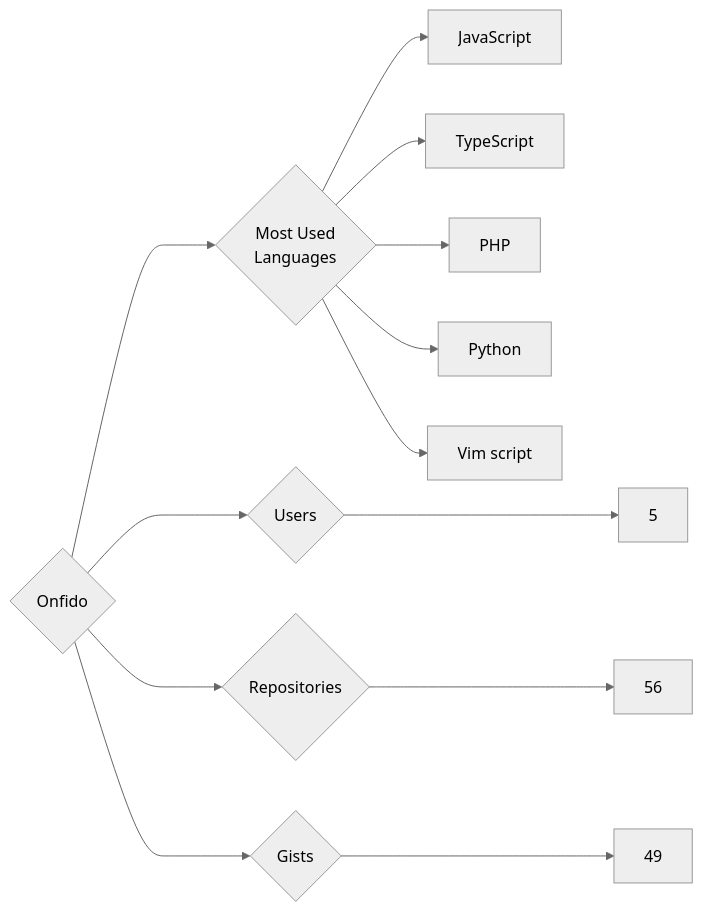
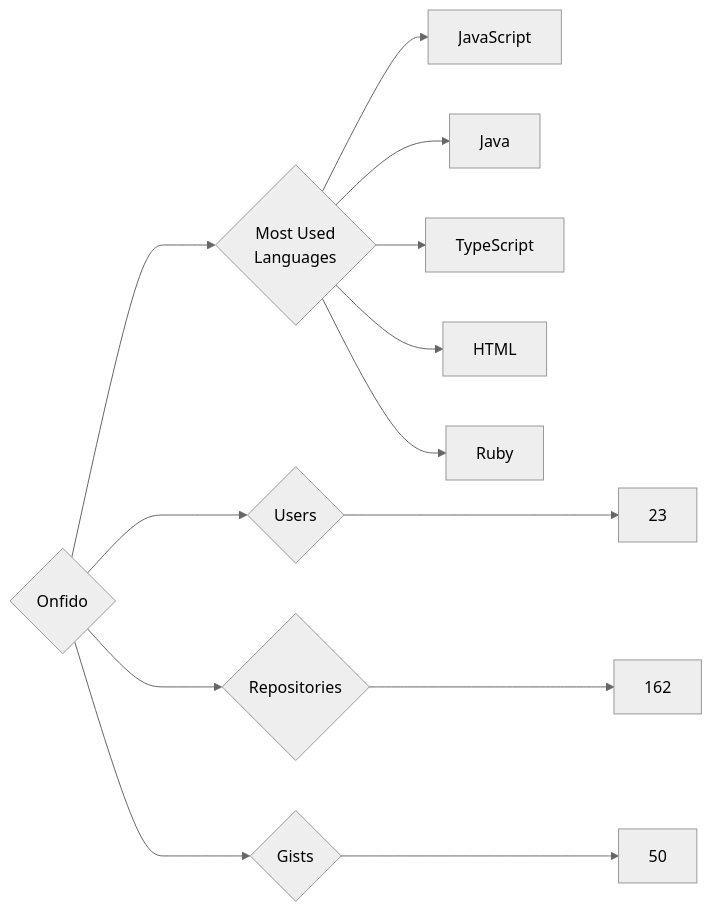
One commit to trickest/insiders changed the diagram in targets/Onfido/README.md. Above: the diagram before and after it, drawn with Mermaid (neutral theme). The commit also changed 898 other files, not shown here.

````diff
--- a/targets/Onfido/README.md
+++ b/targets/Onfido/README.md
@@ -3,13 +3,13 @@
 ```mermaid
 graph LR
 COMPANY_NAME{Onfido}
-COMPANY_NAME ---> U{Users} ---> UN[5]
-COMPANY_NAME ---> R{Repositories} ---> RN[56]
-COMPANY_NAME ---> G{Gists} ---> GN[49]
+COMPANY_NAME ---> U{Users} ---> UN[23]
+COMPANY_NAME ---> R{Repositories} ---> RN[162]
+COMPANY_NAME ---> G{Gists} ---> GN[50]
 COMPANY_NAME ---> ML{Most Used<br>Languages}
 ML --> JavaScript[JavaScript]
+ML --> Java[Java]
 ML --> TypeScript[TypeScript]
-ML --> PHP[PHP]
-ML --> Python[Python]
-ML --> Vim_script[Vim script]
+ML --> HTML[HTML]
+ML --> Ruby[Ruby]
 ```
````
